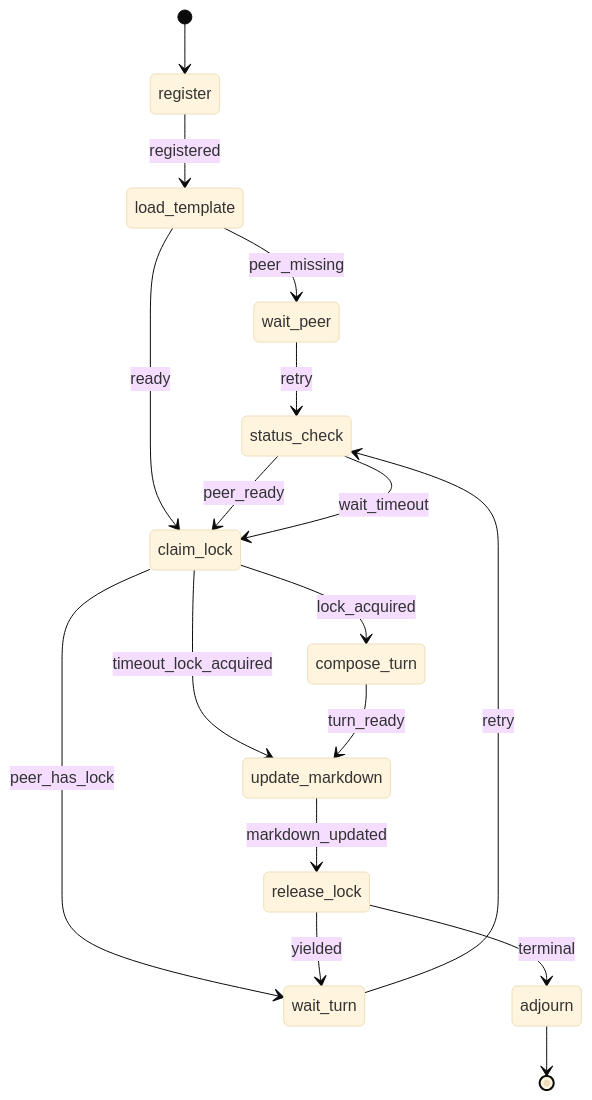
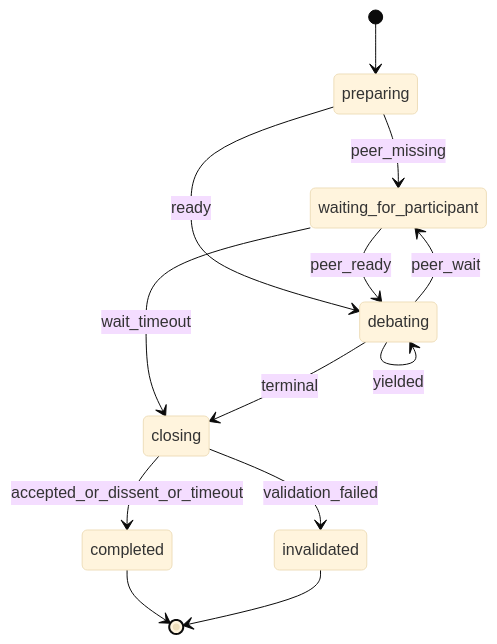
The diagram in plugins/base/skills/socratic-duel/SKILL.md (rp1-run/rp1), drawn with Mermaid (base theme) before and after one commit. The commit also changed other lines of this file and 43 other files, not shown here.

````diff
--- a/plugins/base/skills/socratic-duel/SKILL.md
+++ b/plugins/base/skills/socratic-duel/SKILL.md
@@ -66,19 +77,15 @@
 ```mermaid
 stateDiagram-v2
-    [*] --> register
-    register --> load_template : registered
-    load_template --> wait_peer : peer_missing
-    load_template --> claim_lock : ready
-    wait_peer --> status_check : retry
-    status_check --> claim_lock : peer_ready
-    status_check --> claim_lock : wait_timeout
-    claim_lock --> compose_turn : lock_acquired
-    claim_lock --> update_markdown : timeout_lock_acquired
-    claim_lock --> wait_turn : peer_has_lock
-    wait_turn --> status_check : retry
-    compose_turn --> update_markdown : turn_ready
-    update_markdown --> release_lock : markdown_updated
-    release_lock --> wait_turn : yielded
-    release_lock --> adjourn : terminal
-    adjourn --> [*]
+    [*] --> preparing
+    preparing --> waiting_for_participant : peer_missing
+    preparing --> debating : ready
+    waiting_for_participant --> debating : peer_ready
+    waiting_for_participant --> closing : wait_timeout
+    debating --> debating : yielded
+    debating --> waiting_for_participant : peer_wait
+    debating --> closing : terminal
+    closing --> completed : accepted_or_dissent_or_timeout
+    closing --> invalidated : validation_failed
+    completed --> [*]
+    invalidated --> [*]
 ```
````
